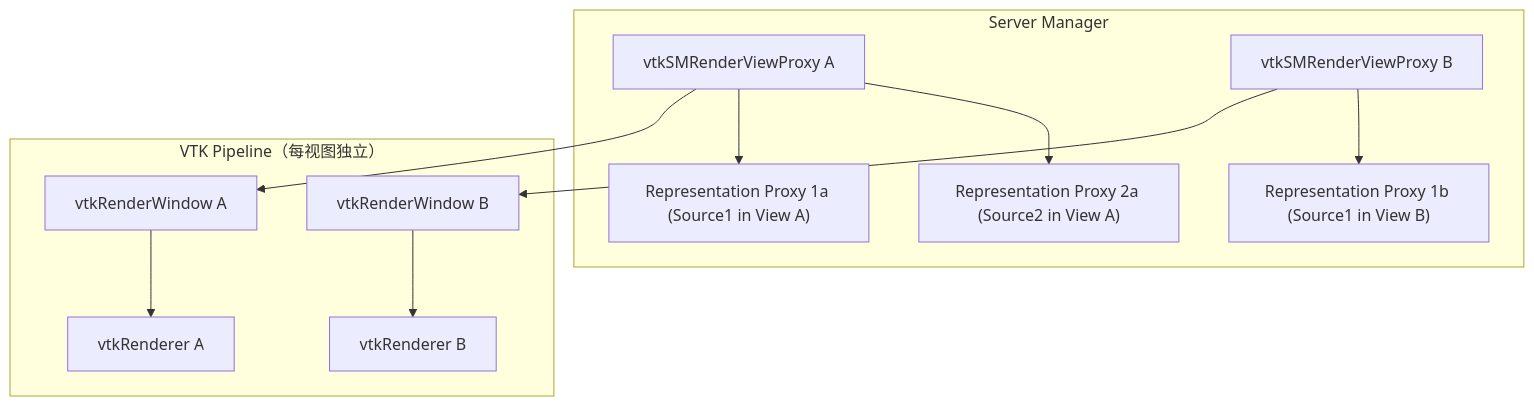
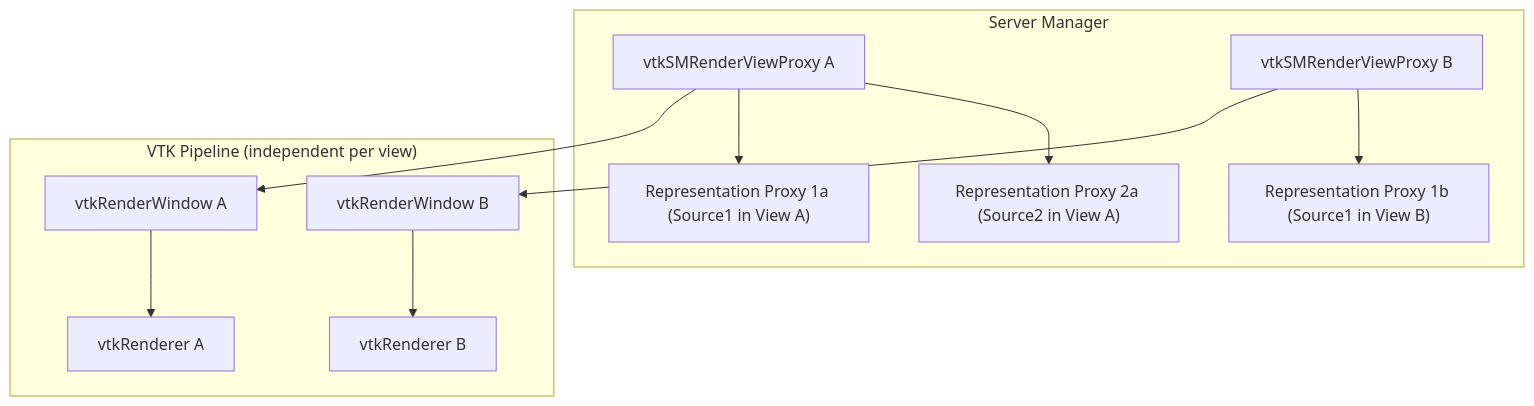
One commit to Asher-1/ACloudViewer changed the fourth of 10 diagrams in docs/user-guide/multi-window-paradigms-CloudCompare-ParaView.md. Above: the diagram before and after it, drawn with Mermaid. The commit also changed other lines of this file and 74 other files, not shown here.

````diff
--- a/docs/user-guide/multi-window-paradigms-CloudCompare-ParaView.md
+++ b/docs/user-guide/multi-window-paradigms-CloudCompare-ParaView.md
@@ -368,23 +368,23 @@
 ```mermaid
 flowchart TB
   subgraph SM["Server Manager"]
     VP1["vtkSMRenderViewProxy A"]
     VP2["vtkSMRenderViewProxy B"]
     RP1["Representation Proxy 1a (Source1 in View A)"]
     RP2["Representation Proxy 1b (Source1 in View B)"]
     RP3["Representation Proxy 2a (Source2 in View A)"]
   end
-  subgraph VTK["VTK Pipeline（每视图独立）"]
+  subgraph VTK["VTK Pipeline (independent per view)"]
     RW1["vtkRenderWindow A"]
     RW2["vtkRenderWindow B"]
     REN1["vtkRenderer A"]
     REN2["vtkRenderer B"]
   end
   VP1 --> RW1
   VP2 --> RW2
   RW1 --> REN1
   RW2 --> REN2
   VP1 --> RP1
   VP1 --> RP3
   VP2 --> RP2
 ```
````
